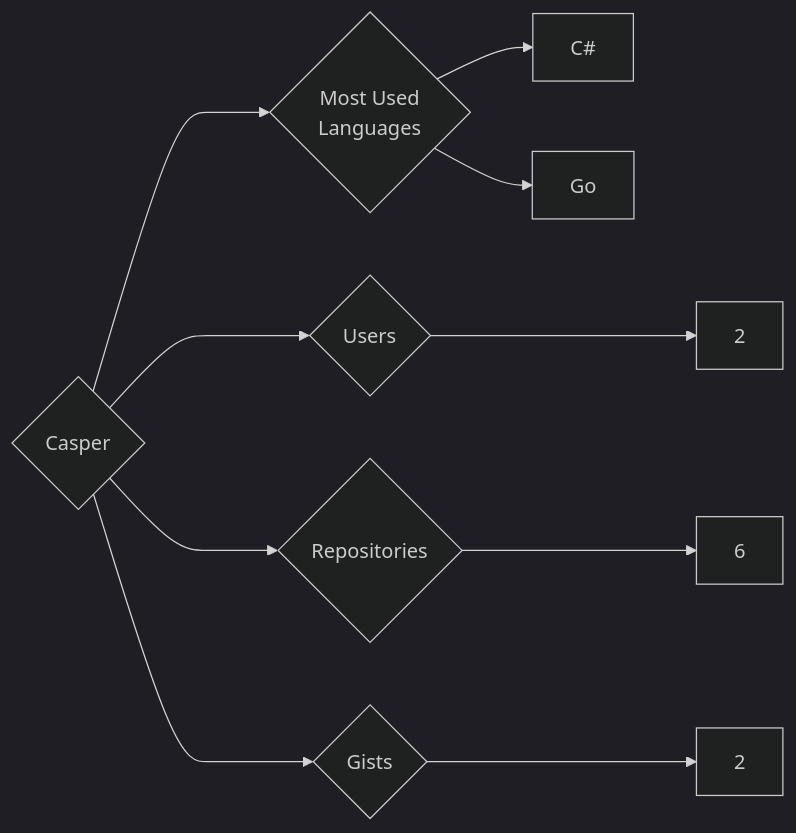
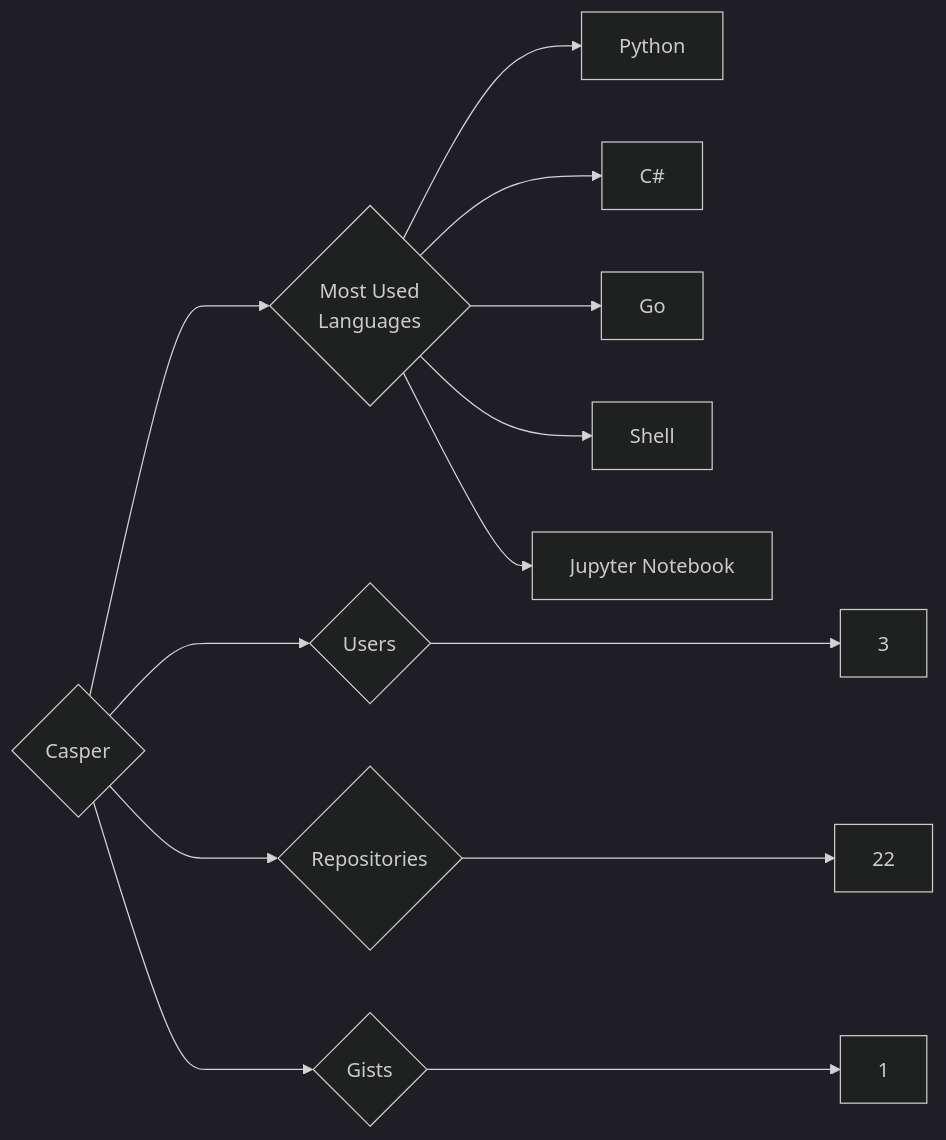
One commit to trickest/insiders changed the diagram in targets/Casper/README.md. Above: the diagram before and after it, drawn with Mermaid (dark theme). The commit also changed 1078 other files, not shown here.

````diff
--- a/targets/Casper/README.md
+++ b/targets/Casper/README.md
@@ -3,10 +3,13 @@
 ```mermaid
 graph LR
 COMPANY_NAME{Casper}
-COMPANY_NAME ---> U{Users} ---> UN[2]
-COMPANY_NAME ---> R{Repositories} ---> RN[6]
-COMPANY_NAME ---> G{Gists} ---> GN[2]
+COMPANY_NAME ---> U{Users} ---> UN[3]
+COMPANY_NAME ---> R{Repositories} ---> RN[22]
+COMPANY_NAME ---> G{Gists} ---> GN[1]
 COMPANY_NAME ---> ML{Most Used<br>Languages}
+ML --> Python[Python]
 ML --> C#[C#]
 ML --> Go[Go]
+ML --> Shell[Shell]
+ML --> Jupyter_Notebook[Jupyter Notebook]
 ```
````
